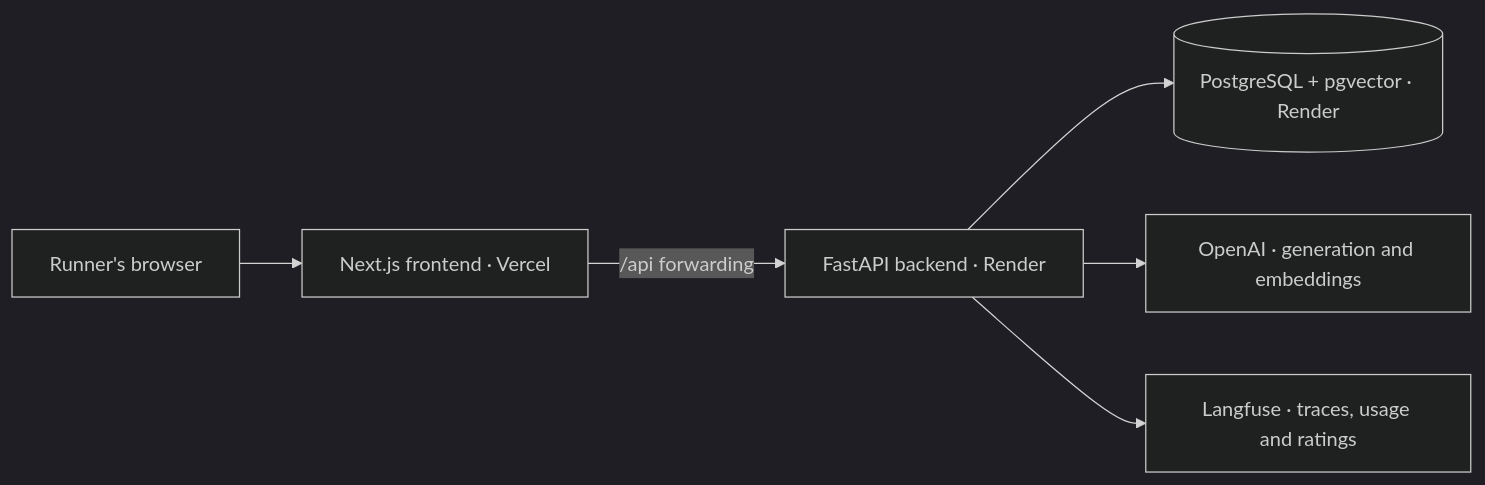
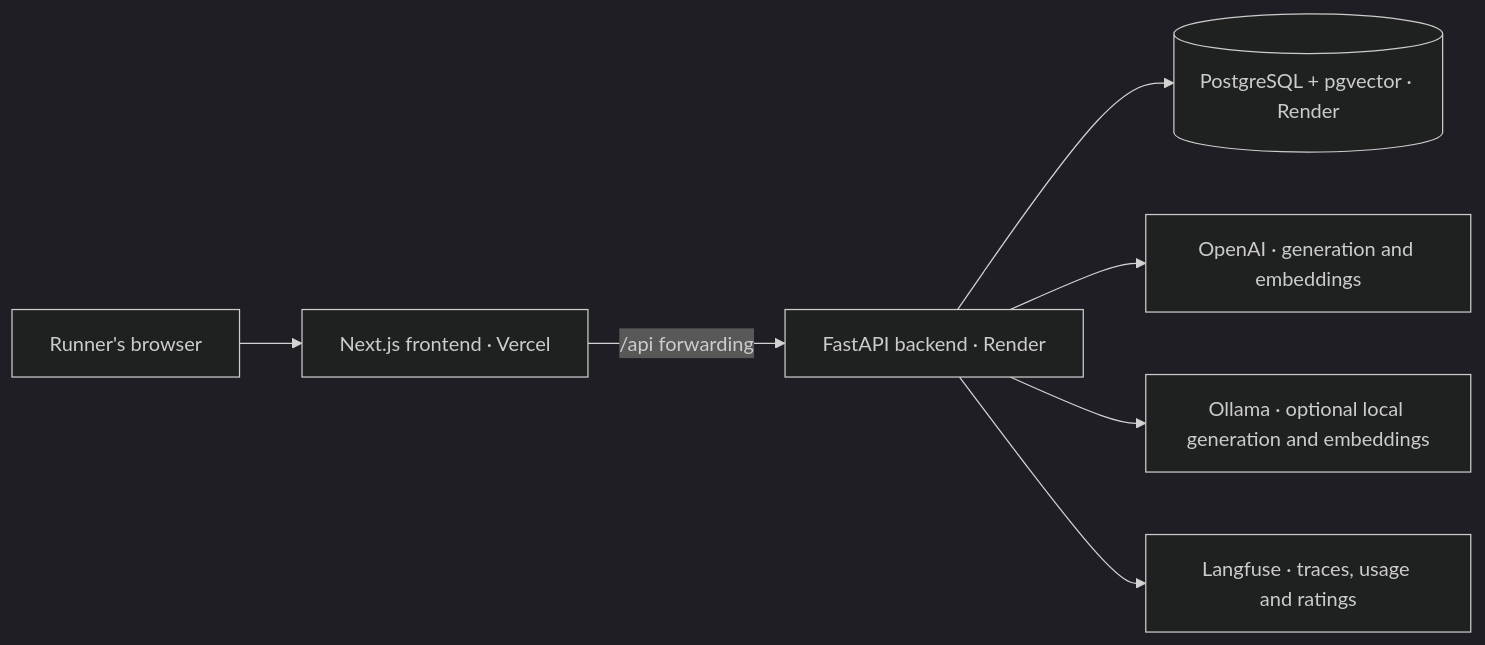
One commit to jmrocharamos/running_club_assistant changed the diagram in README.md. Above: the diagram before and after it, drawn with Mermaid (dark theme). The commit also changed other lines of this file and 26 other files, not shown here.

Commit message:
Add selectable Ollama generation and coaching evaluations

````diff
--- a/README.md
+++ b/README.md
@@ -24,8 +25,9 @@
 ```mermaid
 flowchart LR
     Browser[Runner's browser] --> Frontend[Next.js frontend · Vercel]
     Frontend -->|/api forwarding| Backend[FastAPI backend · Render]
     Backend --> DB[(PostgreSQL + pgvector · Render)]
     Backend --> OpenAI[OpenAI · generation and embeddings]
+    Backend --> Ollama[Ollama · optional local generation and embeddings]
     Backend --> Langfuse[Langfuse · traces, usage and ratings]
 ```
````
